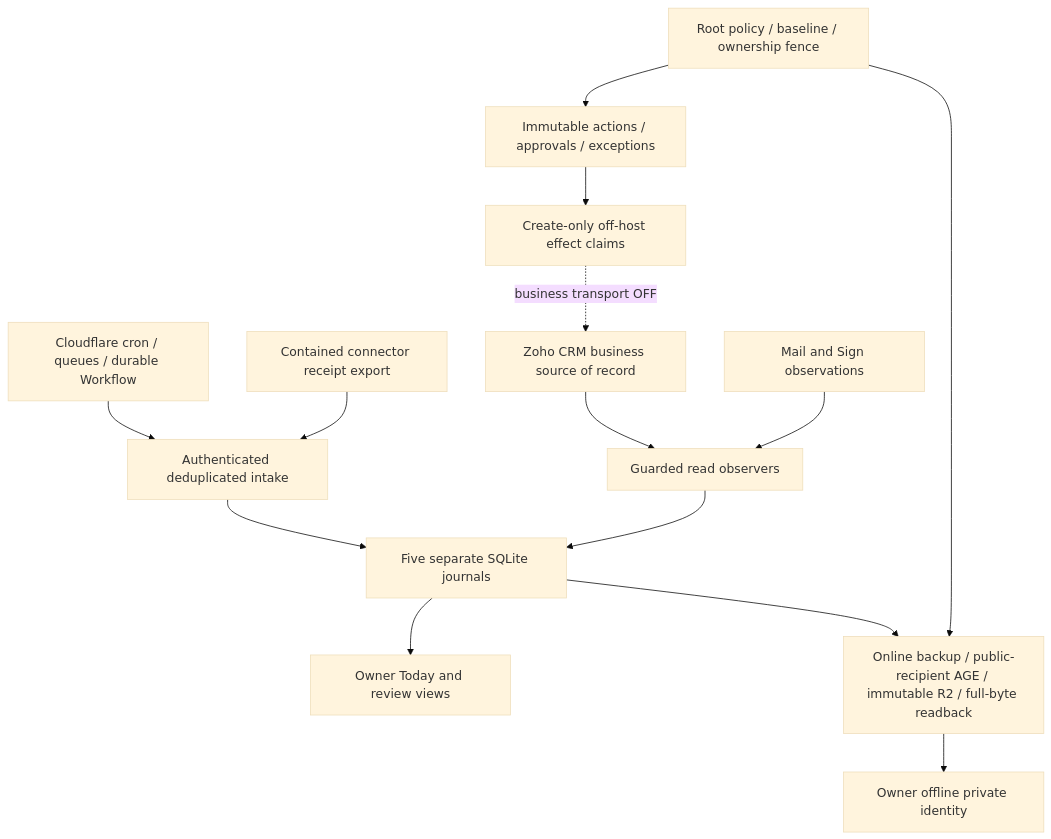
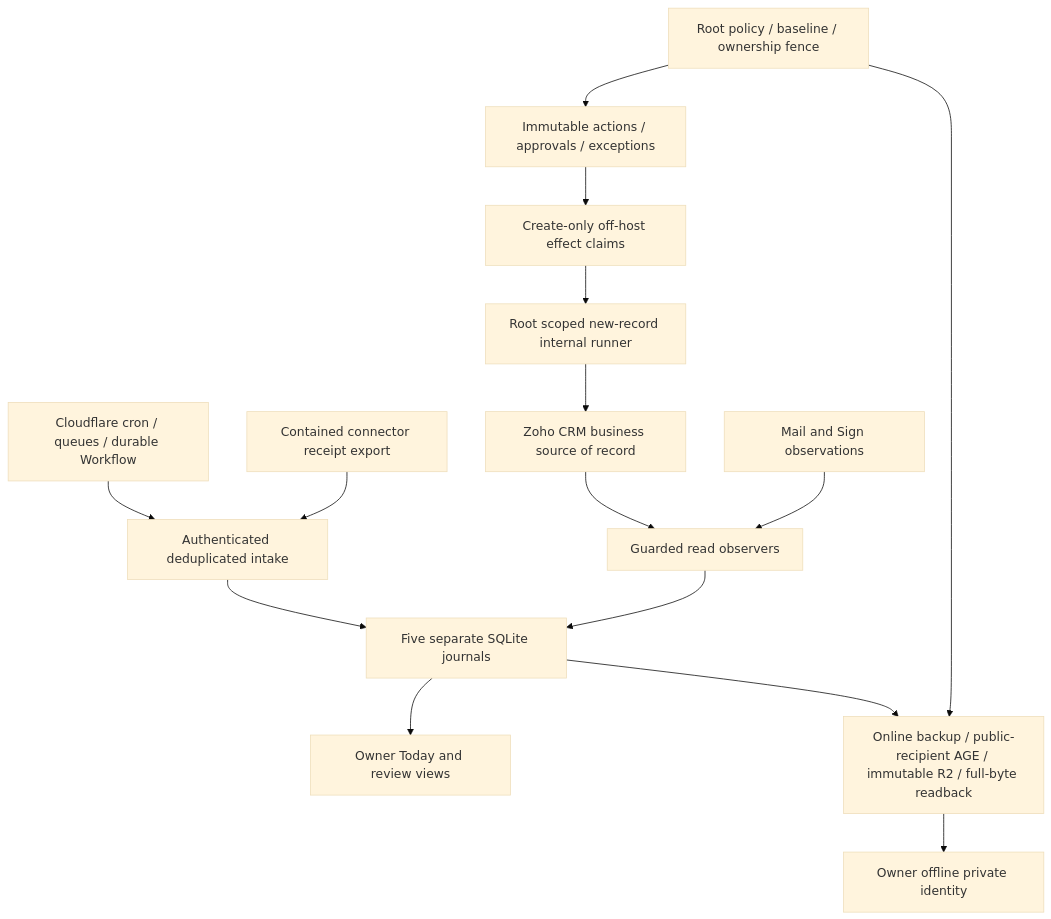
Before and after one commit to yboucher97/opticable-api-platform: the diagram in docs/OPTIBRAIN_ARCHITECTURE_BLUEPRINT.md, drawn with Mermaid (base theme). The commit also changed other lines of this file and 59 other files, not shown here.

Commit message:
Prove live test lifecycle and add scoped new-record internal automation

````diff
--- a/docs/OPTIBRAIN_ARCHITECTURE_BLUEPRINT.md
+++ b/docs/OPTIBRAIN_ARCHITECTURE_BLUEPRINT.md
@@ -5,16 +5,17 @@
 ```mermaid
 flowchart TD
   CRM[Zoho CRM business source of record] --> READ[Guarded read observers]
   MS[Mail and Sign observations] --> READ
   CF[Cloudflare cron / queues / durable Workflow] --> IN[Authenticated deduplicated intake]
   CN[Contained connector receipt export] --> IN
   IN --> DB[Five separate SQLite journals]
   READ --> DB
   DB --> OWNER[Owner Today and review views]
   POLICY[Root policy / baseline / ownership fence] --> ACTION[Immutable actions / approvals / exceptions]
   ACTION --> CLAIM[Create-only off-host effect claims]
-  CLAIM -. business transport OFF .-> CRM
+  CLAIM --> SCOPED[Root scoped new-record internal runner]
+  SCOPED --> CRM
   DB --> BACKUP[Online backup / public-recipient AGE / immutable R2 / full-byte readback]
   POLICY --> BACKUP
   BACKUP --> KEY[Owner offline private identity]
 ```
````
